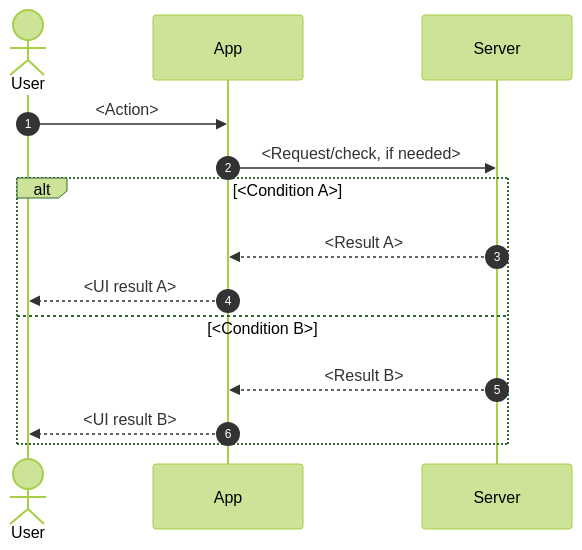
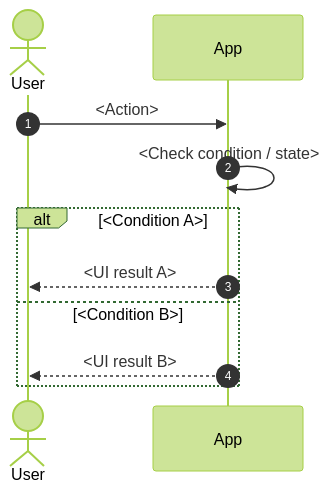
Before and after one commit to duongdang1136/FPTPLay: the diagram in features/_templates/final-feature/feature-functional-requirements.md, drawn with Mermaid (forest theme). The commit also changed other lines of this file and 5 other files, not shown here.

````diff
--- a/features/_templates/final-feature/feature-functional-requirements.md
+++ b/features/_templates/final-feature/feature-functional-requirements.md
@@ -133,19 +134,16 @@
 ```mermaid
 sequenceDiagram
     autonumber
 
     actor User as User
     participant App
-    participant Server
 
     User->>App: <Action>
-    App->>Server: <Request/check, if needed>
+    App->>App: <Check condition / state>
 
     alt <Condition A>
-        Server-->>App: <Result A>
         App-->>User: <UI result A>
     else <Condition B>
-        Server-->>App: <Result B>
         App-->>User: <UI result B>
     end
 ```
````
